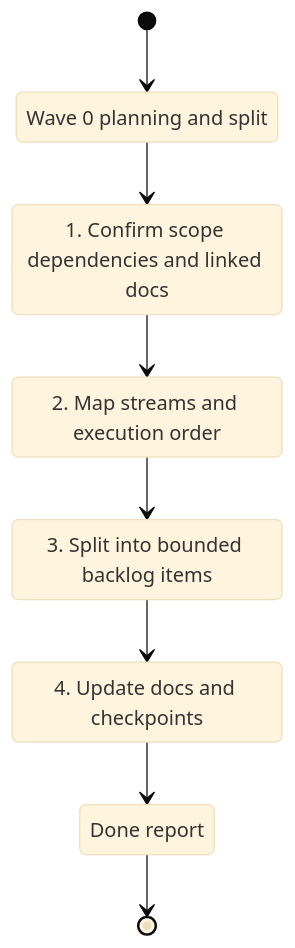
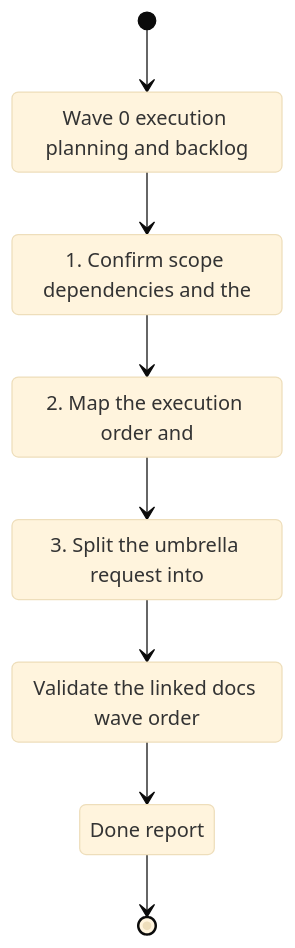
One commit to AlexAgo83/deepvault changed the diagram in logics/tasks/task_026_wave_0_execution_planning_and_backlog_split_for_the_full_implementation_plan.md. Above: the diagram before and after it, drawn with Mermaid (base theme). The commit also changed other lines of this file and 10 other files, not shown here.

Commit message:
chore(logics): close umbrella plan and sync workflow docs

````diff
--- a/logics/tasks/task_026_wave_0_execution_planning_and_backlog_split_for_the_full_implementation_plan.md
+++ b/logics/tasks/task_026_wave_0_execution_planning_and_backlog_split_for_the_full_implementation_plan.md
@@ -21,18 +21,18 @@
 ```mermaid
 %% logics-kind: task
-%% logics-signature: task|wave-0-execution-planning-and-backlog-sp|wave-0-planning-and-split|confirm-dependencies-map-streams-split-b|prepare-the-next-wave-plan
+%% logics-signature: task|wave-0-execution-planning-and-backlog-sp|wave-0-execution-planning-and-backlog|1-confirm-scope-dependencies-and-the|validate-the-linked-docs-wave-order
 stateDiagram-v2
-    state "Wave 0 planning and split" as Backlog
-    state "1. Confirm scope dependencies and linked docs" as Scope
-    state "2. Map streams and execution order" as Build
-    state "3. Split into bounded backlog items" as Verify
-    state "4. Update docs and checkpoints" as Validation
+    state "Wave 0 execution planning and backlog" as Backlog
+    state "1. Confirm scope dependencies and the" as Scope
+    state "2. Map the execution order and" as Build
+    state "3. Split the umbrella request into" as Verify
+    state "Validate the linked docs wave order" as Validation
     state "Done report" as Report
     [*] --> Backlog
     Backlog --> Scope
     Scope --> Build
     Build --> Verify
     Verify --> Validation
     Validation --> Report
     Report --> [*]
 ```
````
